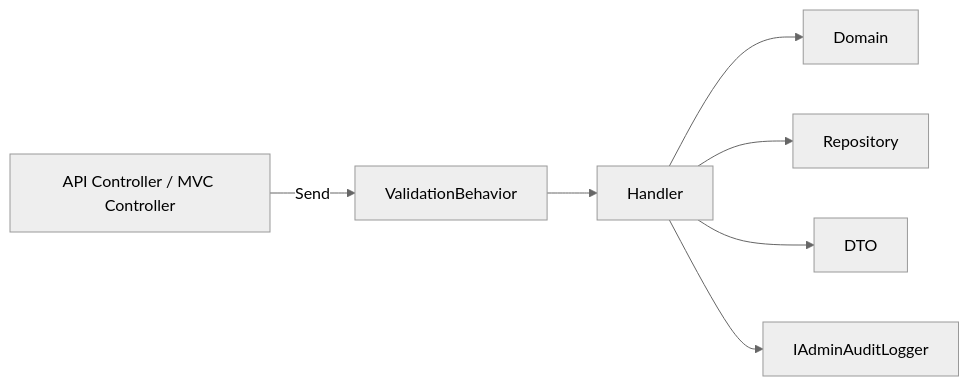
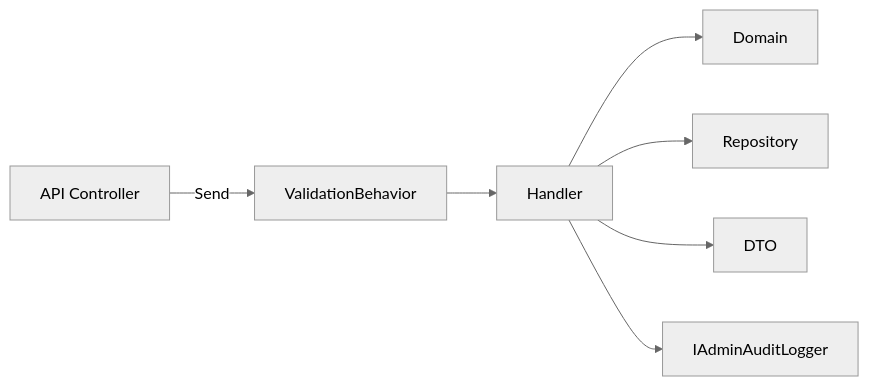
Before and after one commit to p-o-ke-nae/pokemondamagecalculatorforstory: the diagram in docs/design/cqrs-handlers.md, drawn with Mermaid (neutral theme). The commit also changed other lines of this file and 20 other files, not shown here.

````diff
--- a/docs/design/cqrs-handlers.md
+++ b/docs/design/cqrs-handlers.md
@@ -26,9 +26,9 @@
 ```mermaid
 flowchart LR
-    Web["API Controller / MVC Controller"] -->|Send| ValidationBehavior
+    Web["API Controller"] -->|Send| ValidationBehavior
     ValidationBehavior --> Handler
     Handler --> Domain
     Handler --> Repository
     Handler --> DTO
     Handler --> Audit["IAdminAuditLogger"]
 ```
````
